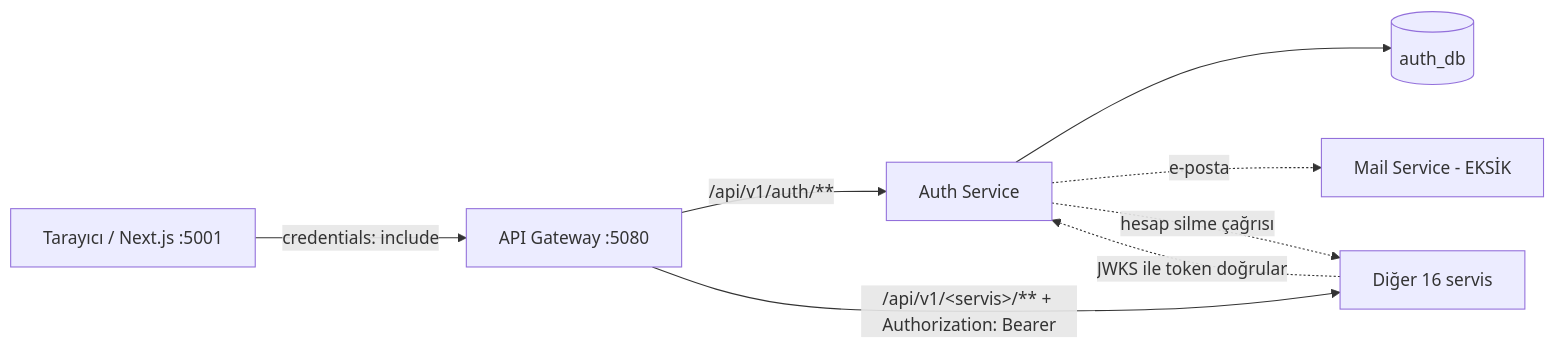
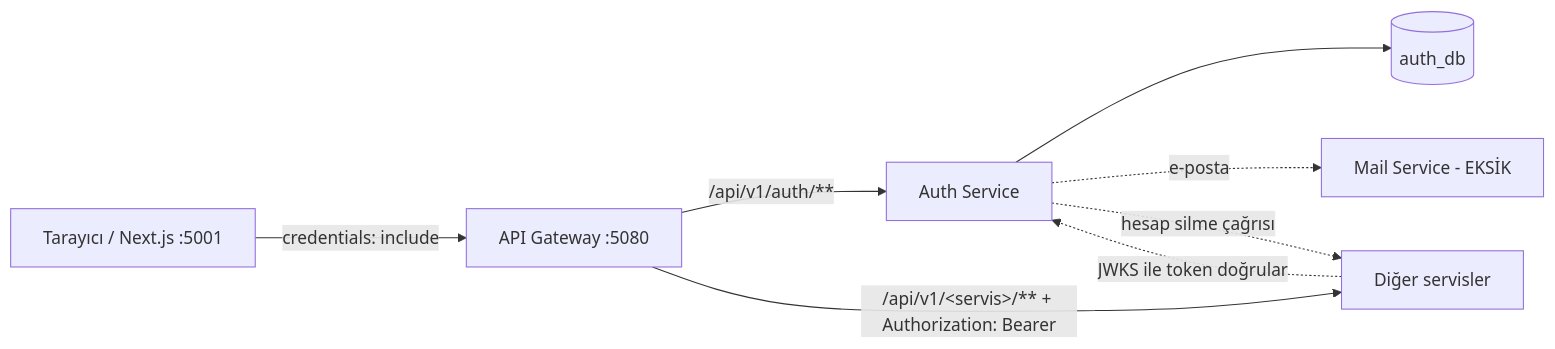
One commit to alperrte/lobbytwozero changed the diagram in docs/EKIP_AUTH_GATEWAY_ENTEGRASYON_NOTLARI.md. Above: the diagram before and after it, drawn with Mermaid. The commit also changed other lines of this file and 1 other file, not shown here.

````diff
--- a/docs/EKIP_AUTH_GATEWAY_ENTEGRASYON_NOTLARI.md
+++ b/docs/EKIP_AUTH_GATEWAY_ENTEGRASYON_NOTLARI.md
@@ -21,10 +72,10 @@
 ```mermaid
 flowchart LR
   B[Tarayıcı / Next.js :5001] -->|credentials: include| GW[API Gateway :5080]
   GW -->|/api/v1/auth/**| AUTH[Auth Service]
-  GW -->|/api/v1/&lt;servis&gt;/** + Authorization: Bearer| S[Diğer 16 servis]
+  GW -->|/api/v1/&lt;servis&gt;/** + Authorization: Bearer| S[Diğer servisler]
   AUTH --> ADB[(auth_db)]
   S -. JWKS ile token doğrular .-> AUTH
   AUTH -. e-posta .-> MAIL[Mail Service - EKSİK]
   AUTH -. hesap silme çağrısı .-> S
 ```
````
